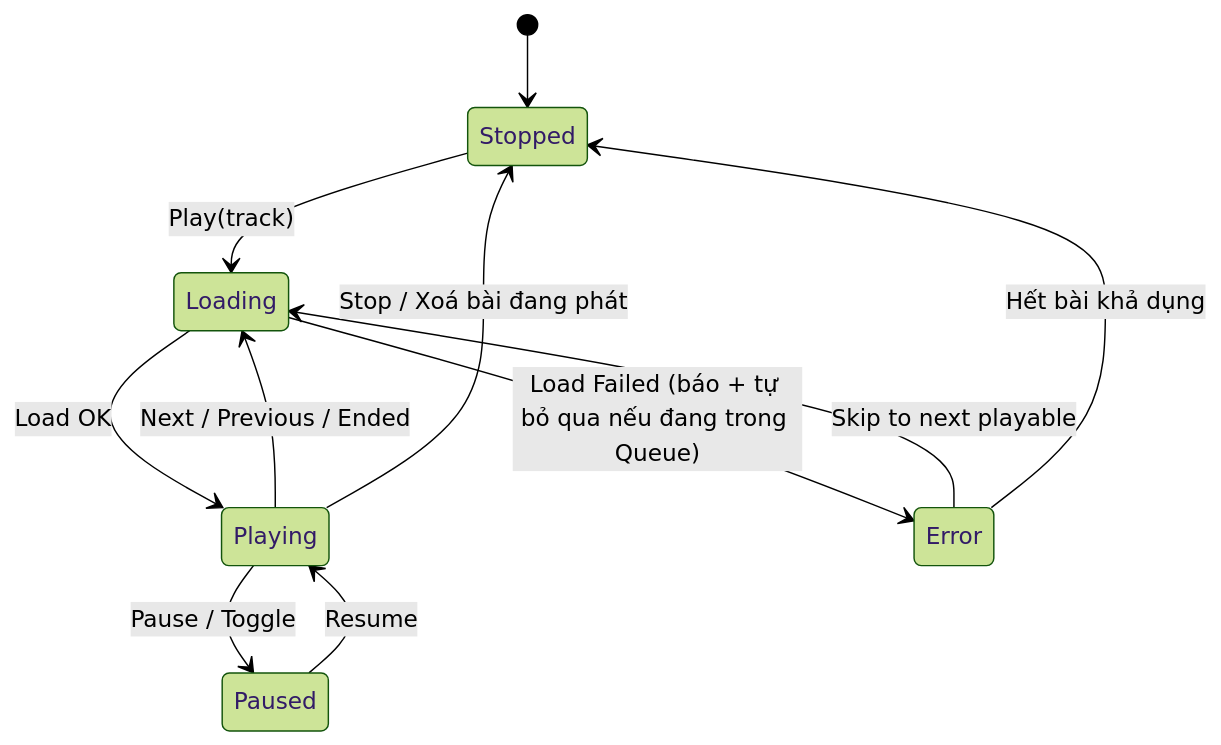
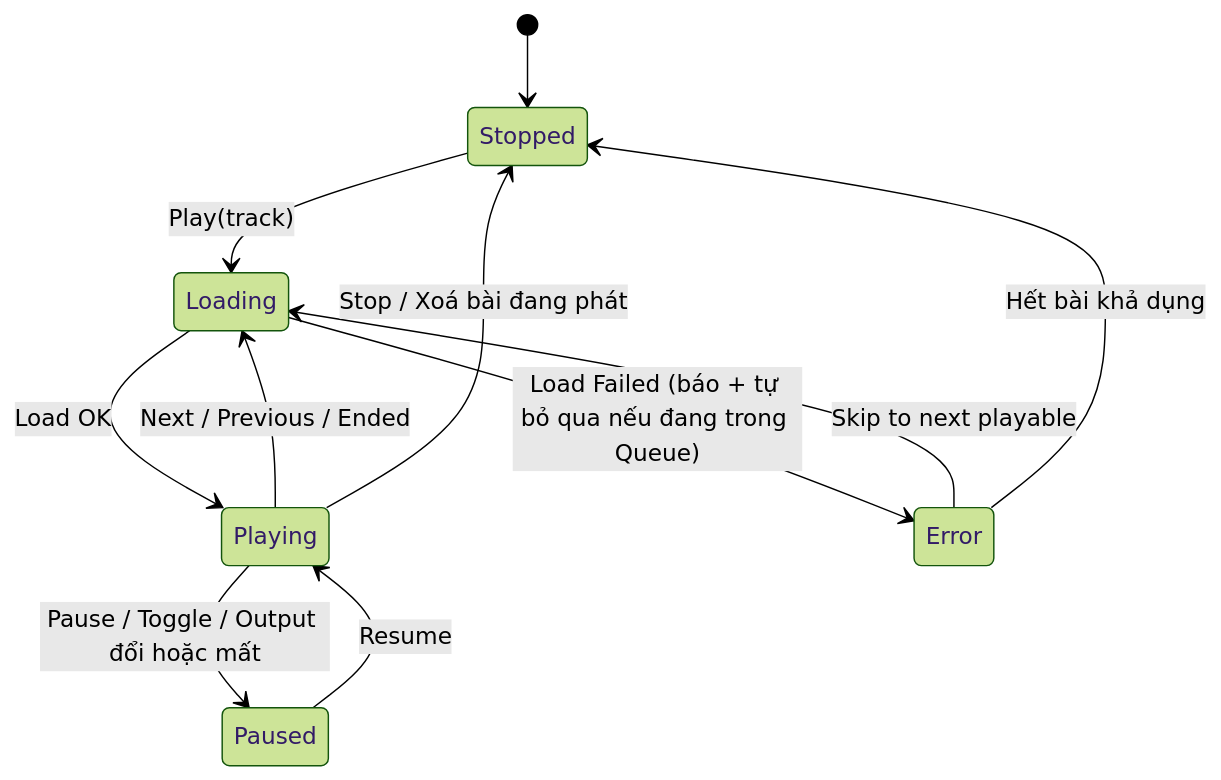
One commit to lxmtuu/Mimi changed the second of 3 diagrams in ROADMAP.md. Above: the diagram before and after it, drawn with Mermaid (forest theme). The commit also changed other lines of this file and 1 other file, not shown here.

Commit message:
docs: record WASAPI output recovery slice

````diff
--- a/ROADMAP.md
+++ b/ROADMAP.md
@@ -285,13 +287,13 @@
 ```mermaid
 stateDiagram-v2
     [*] --> Stopped
     Stopped --> Loading: Play(track)
     Loading --> Playing: Load OK
     Loading --> Error: Load Failed (báo + tự bỏ qua nếu đang trong Queue)
-    Playing --> Paused: Pause / Toggle
+    Playing --> Paused: Pause / Toggle / Output đổi hoặc mất
     Paused --> Playing: Resume
     Playing --> Loading: Next / Previous / Ended
     Playing --> Stopped: Stop / Xoá bài đang phát
     Error --> Loading: Skip to next playable
     Error --> Stopped: Hết bài khả dụng
 ```
````
